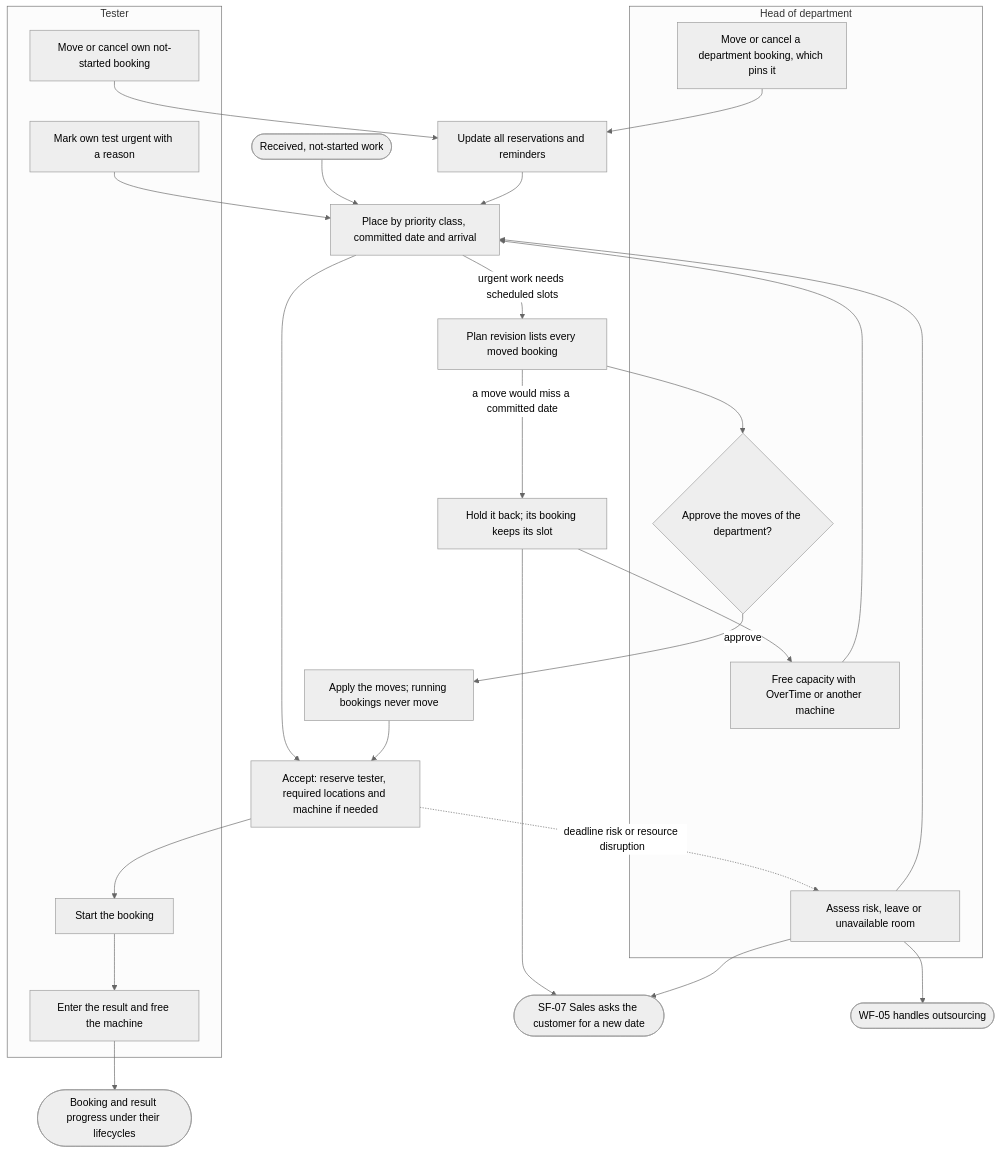
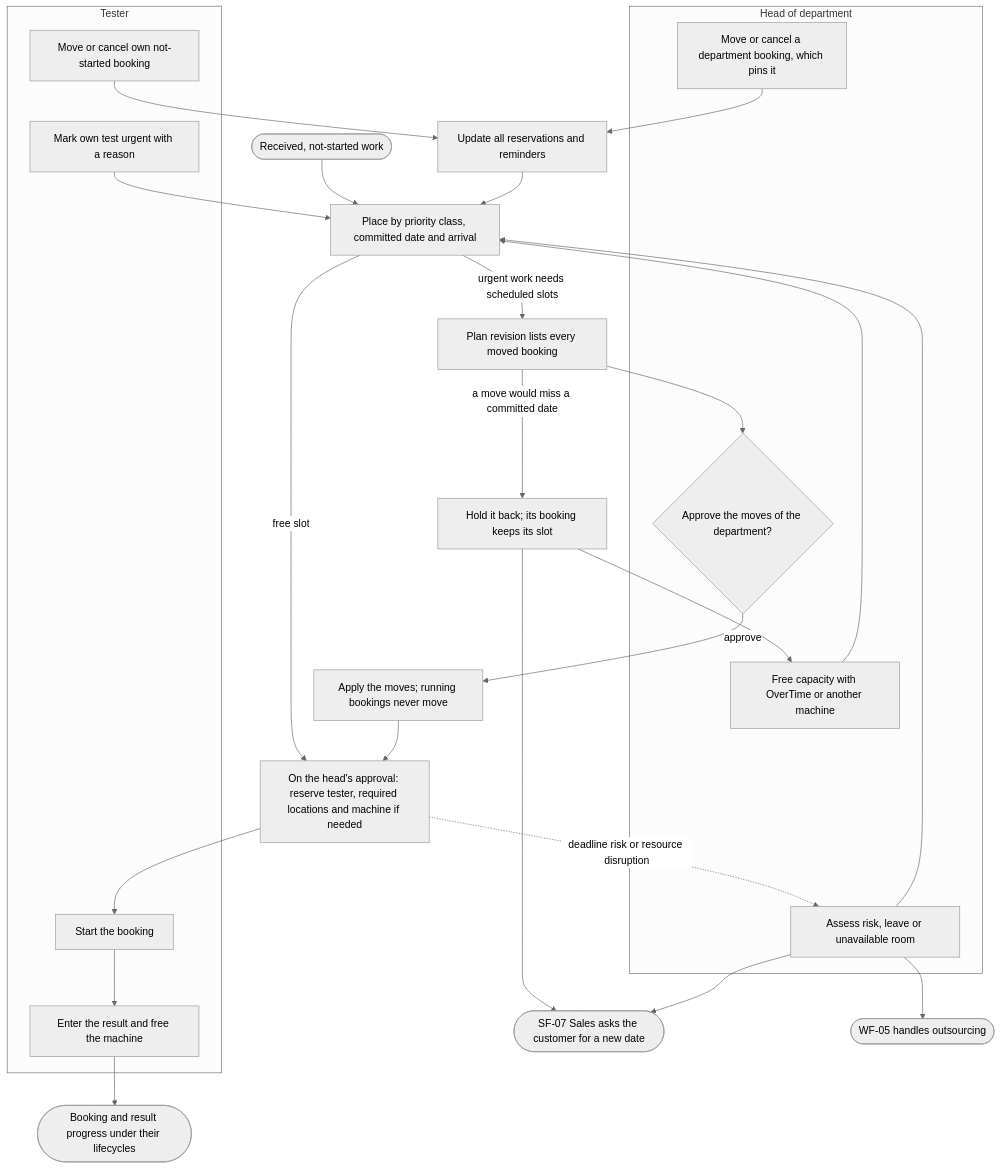
One commit to SoltuneMontepre/medilab changed diagram 16 of 17 in docs/functional/business-flows.md. Above: the diagram before and after it, drawn with Mermaid (neutral theme). The commit also changed other lines of this file and 10 other files, not shown here.

Commit message:
[docs] Add the missing entries and owner steps to the SF-04, SF-05, SF-10 and SF-11 diagrams

````diff
--- a/docs/functional/business-flows.md
+++ b/docs/functional/business-flows.md
@@ -737,31 +739,31 @@
 ```mermaid
 flowchart TD
     subgraph lane64 ["Tester"]
         t1[Start the booking] --> t2[Enter the result and free the machine]
         t3[Move or cancel own not-started booking]
         t4[Mark own test urgent with a reason]
     end
     subgraph lane65 ["Head of department"]
         h1[Move or cancel a department booking, which pins it]
         h2{Approve the moves of the department?}
         h4[Assess risk, leave or unavailable room]
         h5[Free capacity with OverTime or another machine]
     end
     q([Received, not-started work]) --> slot[Place by priority class, committed date and arrival]
-    slot --> schedule[Accept: reserve tester, required locations and machine if needed]
+    slot -->|free slot| schedule[On the head's approval: reserve tester, required locations and machine if needed]
     schedule --> t1
     t2 --> done([Booking and result progress under their lifecycles])
     t3 --> sync[Update all reservations and reminders] --> slot
     h1 --> sync
     t4 --> slot
     slot -->|urgent work needs scheduled slots| revision[Plan revision lists every moved booking]
     revision --> h2
     h2 -->|approve| apply[Apply the moves; running bookings never move] --> schedule
     revision -->|a move would miss a committed date| held[Hold it back; its booking keeps its slot]
     held --> date([SF-07 Sales asks the customer for a new date])
     held --> h5 --> slot
     schedule -.->|deadline risk or resource disruption| h4
     h4 --> slot
     h4 --> date
     h4 --> outsource([WF-05 handles outsourcing])
 ```
````
